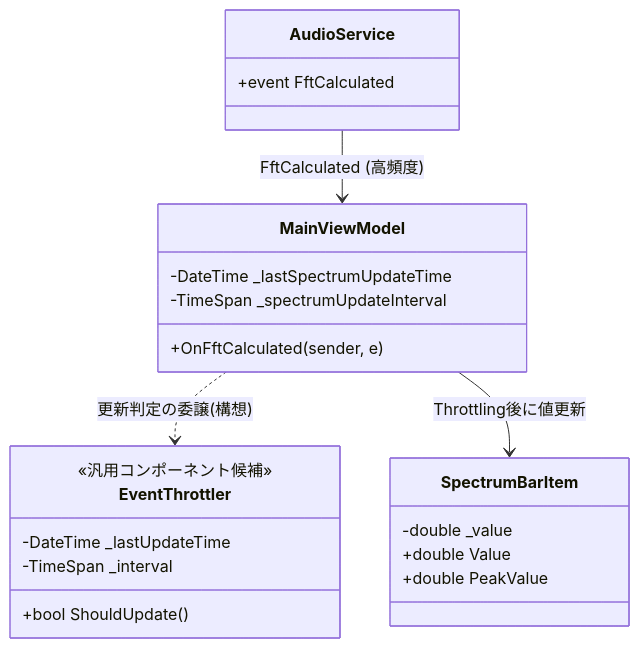
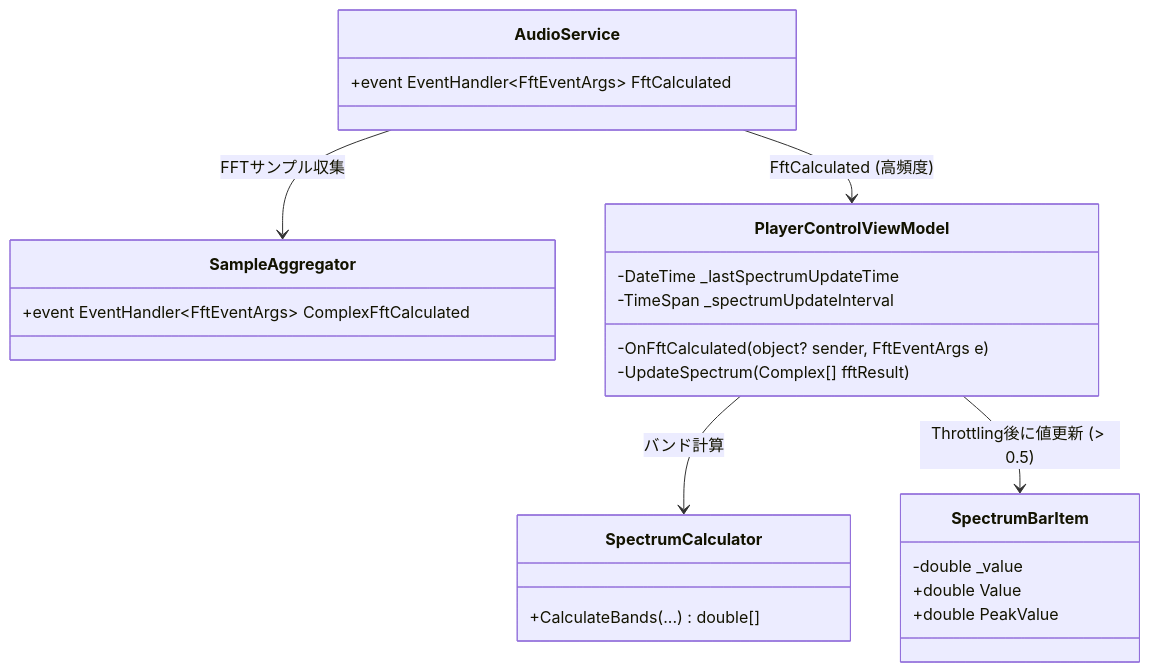
The first of 2 diagrams in 設計/詳細設計/パフォーマンス最適化.md (taketonnbo/Audio_Effector), drawn with Mermaid before and after one commit. The commit also changed other lines of this file and 13 other files, not shown here.

````diff
--- a/設計/詳細設計/パフォーマンス最適化.md
+++ b/設計/詳細設計/パフォーマンス最適化.md
@@ -33,25 +33,27 @@
 ```mermaid
 classDiagram
-    class EventThrottler {
-        <<汎用コンポーネント候補>>
-        -DateTime _lastUpdateTime
-        -TimeSpan _interval
-        +bool ShouldUpdate()
+    class AudioService {
+        +event EventHandler~FftEventArgs~ FftCalculated
     }
-    class MainViewModel {
+    class SampleAggregator {
+        +event EventHandler~FftEventArgs~ ComplexFftCalculated
+    }
+    class PlayerControlViewModel {
         -DateTime _lastSpectrumUpdateTime
         -TimeSpan _spectrumUpdateInterval
-        +OnFftCalculated(sender, e)
+        -OnFftCalculated(object? sender, FftEventArgs e)
+        -UpdateSpectrum(Complex[] fftResult)
     }
-    class AudioService {
-        +event FftCalculated
+    class SpectrumCalculator {
+        +CalculateBands(...) double[]
     }
     class SpectrumBarItem {
         -double _value
         +double Value
         +double PeakValue
     }
-    AudioService --> MainViewModel : FftCalculated (高頻度)
-    MainViewModel ..> EventThrottler : 更新判定の委譲(構想)
-    MainViewModel --> SpectrumBarItem : Throttling後に値更新
+    AudioService --> SampleAggregator : FFTサンプル収集
+    AudioService --> PlayerControlViewModel : FftCalculated (高頻度)
+    PlayerControlViewModel --> SpectrumCalculator : バンド計算
+    PlayerControlViewModel --> SpectrumBarItem : Throttling後に値更新 (> 0.5)
 ```
````
